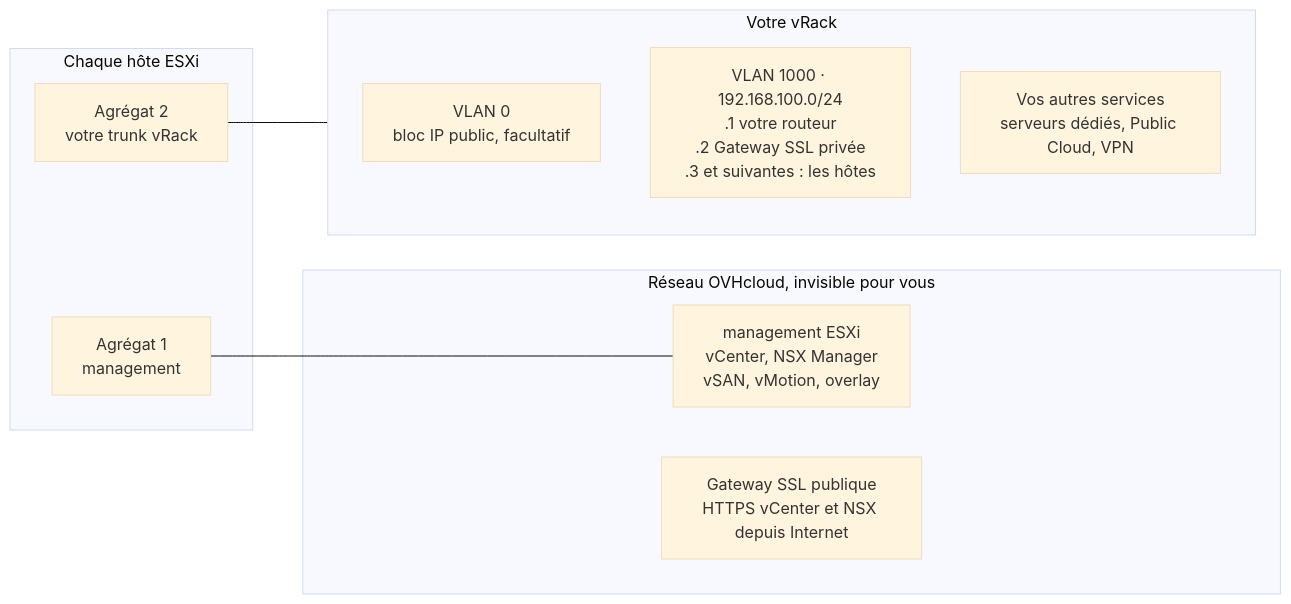
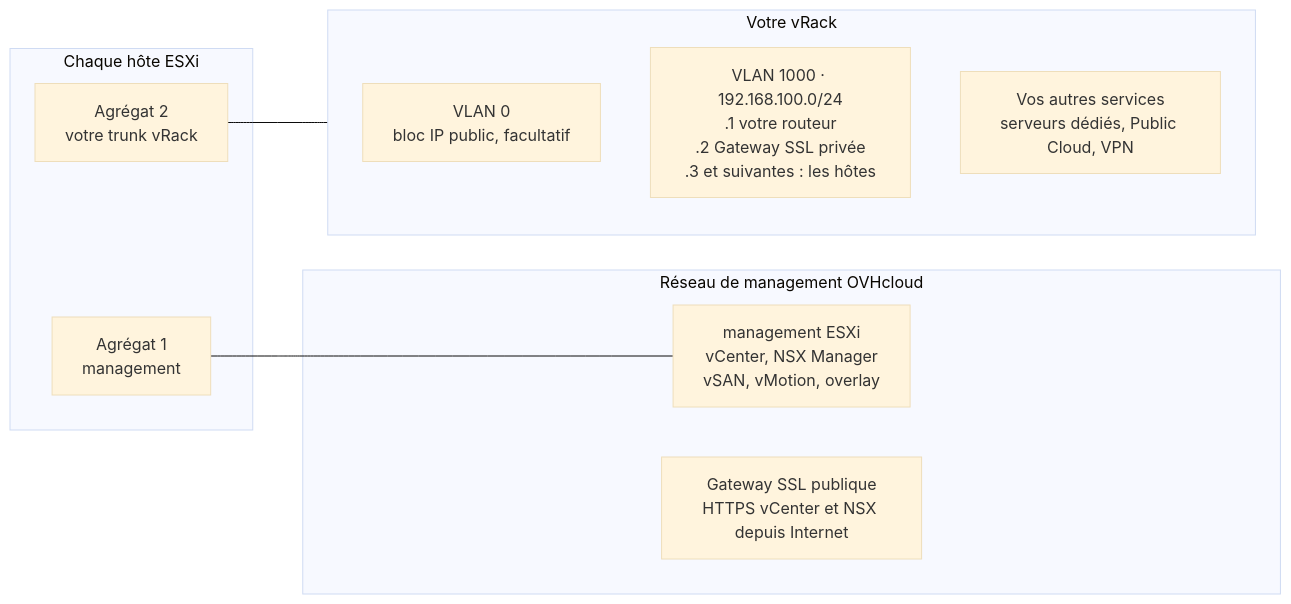
One commit to ovh/ovhcloud-docs changed the diagram in docs/fr/guides/hosted-private-cloud/powered-by-vmware/private-vcf/network-configuration.mdx. Above: the diagram before and after it, drawn with Mermaid (base theme). The commit also changed other lines of this file and 7 other files, not shown here.

````diff
--- a/docs/fr/guides/hosted-private-cloud/powered-by-vmware/private-vcf/network-configuration.mdx
+++ b/docs/fr/guides/hosted-private-cloud/powered-by-vmware/private-vcf/network-configuration.mdx
@@ -32,18 +32,18 @@
 ```mermaid
 flowchart LR
-    subgraph OVH["Réseau OVHcloud, invisible pour vous"]
+    subgraph OVH["Réseau de management OVHcloud"]
         M["management ESXi<br/>vCenter, NSX Manager<br/>vSAN, vMotion, overlay"]
         PUB["Gateway SSL publique<br/>HTTPS vCenter et NSX depuis Internet"]
     end
     subgraph HOST["Chaque hôte ESXi"]
         A1["Agrégat 1<br/>management"]
         A2["Agrégat 2<br/>votre trunk vRack"]
     end
     subgraph VR["Votre vRack"]
         V0["VLAN 0<br/>bloc IP public, facultatif"]
         V1000["VLAN 1000 · 192.168.100.0/24<br/>.1 votre routeur<br/>.2 Gateway SSL privée<br/>.3 et suivantes : les hôtes"]
         OTH["Vos autres services<br/>serveurs dédiés, Public Cloud, VPN"]
     end
     A1 --- M
     A2 --- VR
 ```
````
